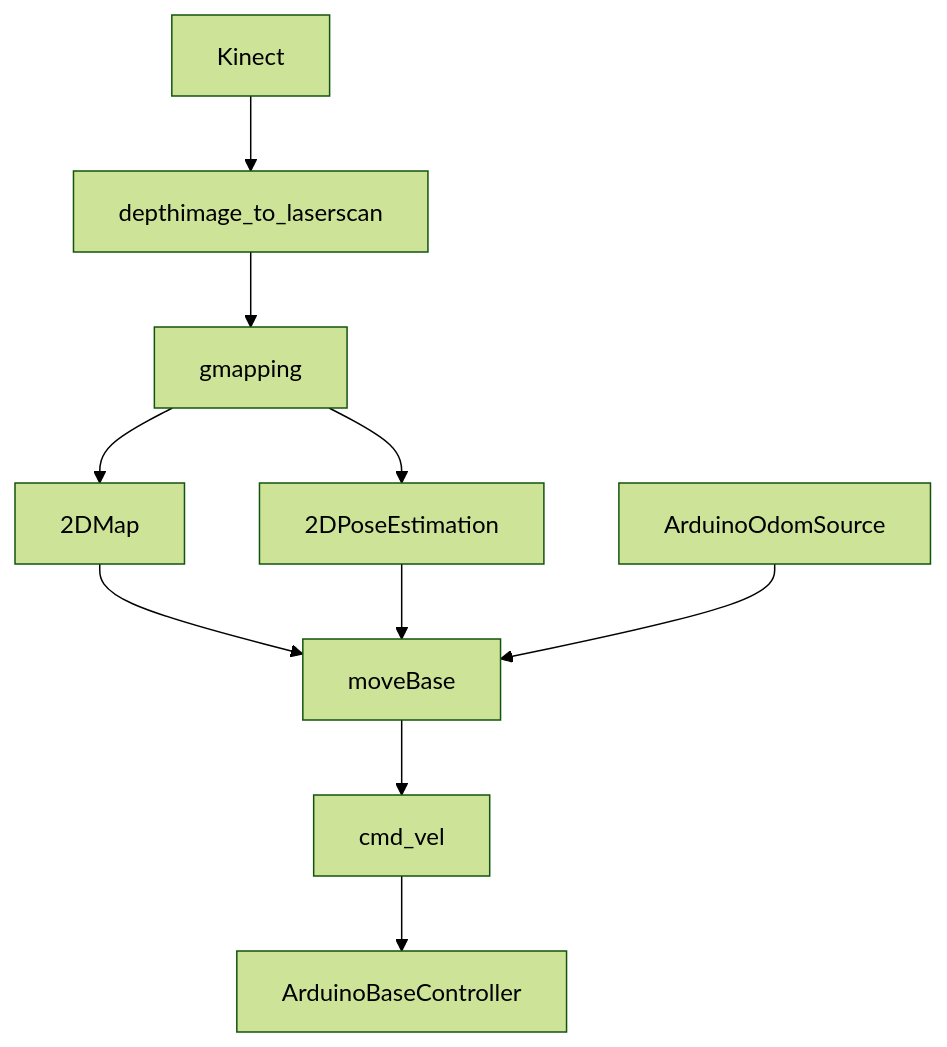
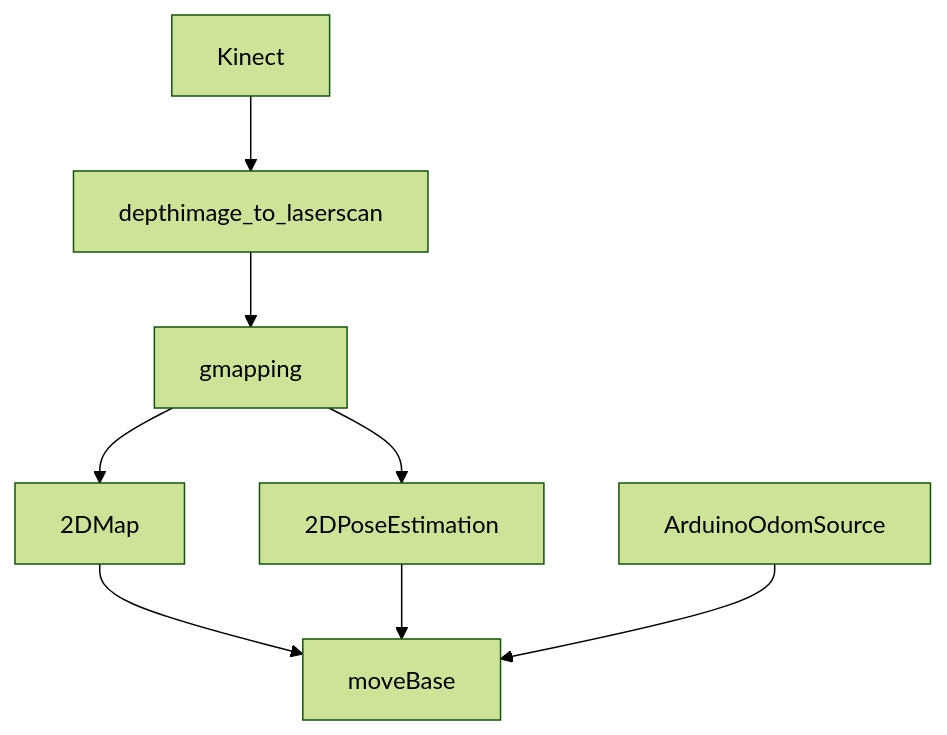
The diagram in README.md (adrianLIrobotics/SLAM_robot), drawn with Mermaid (forest theme) before and after one commit. The commit also changed other lines of this file, not shown here.

````diff
--- a/README.md
+++ b/README.md
@@ -23,12 +27,10 @@
 ```mermaid
 graph TD;
   Kinect-->depthimage_to_laserscan
   depthimage_to_laserscan-->gmapping
   gmapping-->2DMap
   2DMap-->moveBase
   gmapping-->2DPoseEstimation
   2DPoseEstimation-->moveBase
   ArduinoOdomSource-->moveBase
-  moveBase-->cmd_vel
-  cmd_vel-->ArduinoBaseController
 ```
````
